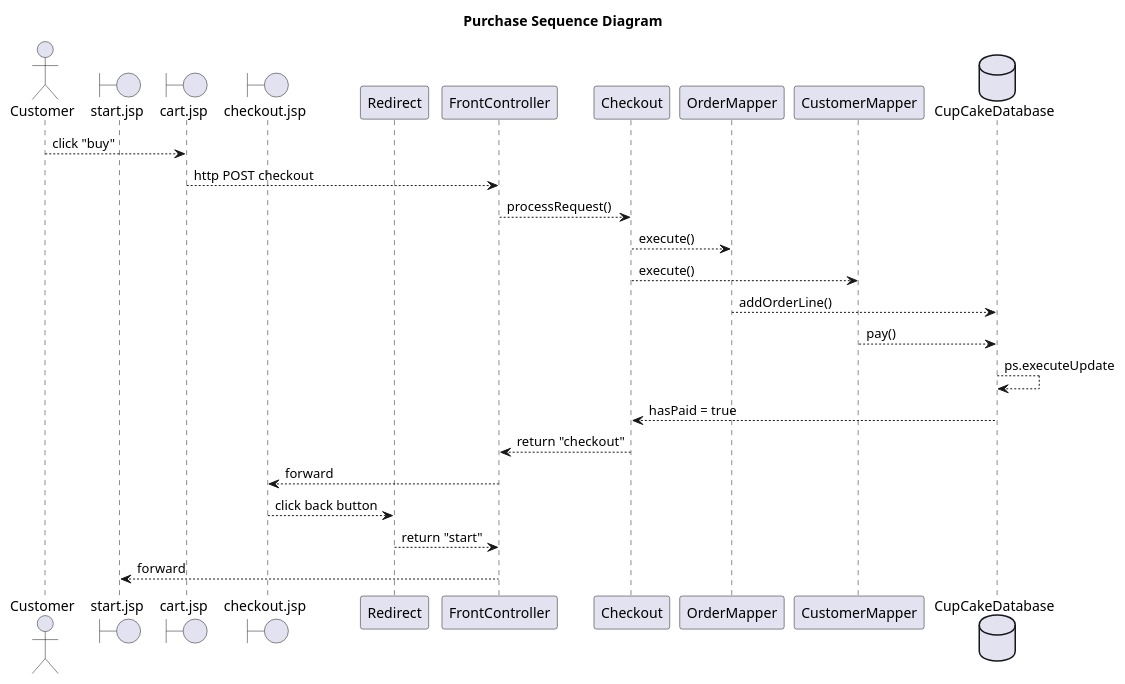
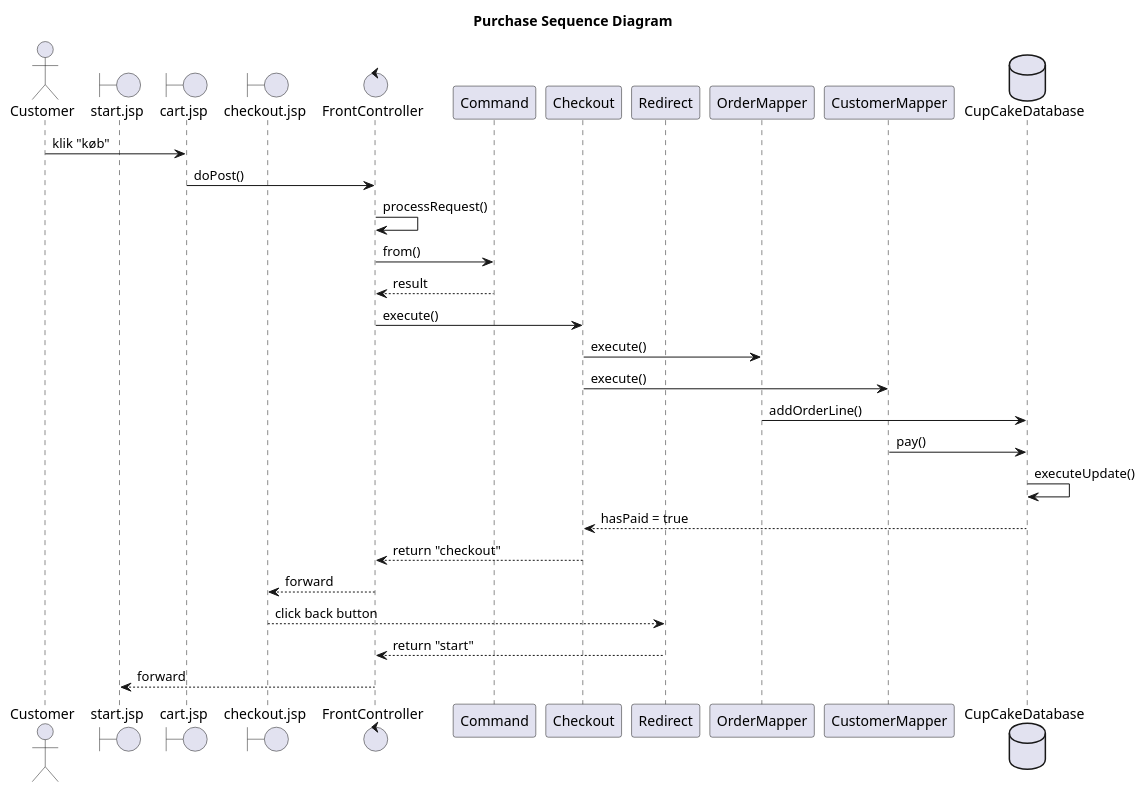
One commit to benskov95/Cupcake_Webshop changed the diagram in src/main/PlantUML Diagrams/Sequence Diagrams/Purchase Sequence Diagram.puml. Above: the diagram before and after it, drawn with PlantUML. The commit also changed 4 other files, not shown here.

Commit message:
Tilføjet alle mapper metoder til LogicFacade, UML diagrammer er ikke færdige

```diff
--- a/src/main/PlantUML Diagrams/Sequence Diagrams/Purchase Sequence Diagram.puml
+++ b/src/main/PlantUML Diagrams/Sequence Diagrams/Purchase Sequence Diagram.puml
@@ -1,28 +1,32 @@
 @startuml
 title Purchase Sequence Diagram
 actor Customer
 boundary start.jsp
 boundary cart.jsp
 boundary checkout.jsp
+control FrontController
+participant Command
+participant Checkout
 participant Redirect
-participant FrontController
-participant Checkout
 Participant OrderMapper
 Participant CustomerMapper
 Database CupCakeDatabase
 
-Customer --> cart.jsp : click "buy"
-cart.jsp --> FrontController : http POST checkout
-FrontController --> Checkout : processRequest()
-Checkout --> OrderMapper : execute()
-Checkout --> CustomerMapper : execute()
-OrderMapper --> CupCakeDatabase : addOrderLine()
-CustomerMapper --> CupCakeDatabase : pay()
-CupCakeDatabase --> CupCakeDatabase : ps.executeUpdate
+Customer -> cart.jsp : klik "køb"
+cart.jsp -> FrontController : doPost()
+FrontController -> FrontController : processRequest()
+FrontController -> Command : from()
+Command --> FrontController : result
+FrontController -> Checkout : execute()
+Checkout -> OrderMapper : execute()
+Checkout -> CustomerMapper : execute()
+OrderMapper -> CupCakeDatabase : addOrderLine()
+CustomerMapper -> CupCakeDatabase : pay()
+CupCakeDatabase -> CupCakeDatabase : executeUpdate()
 CupCakeDatabase --> Checkout : hasPaid = true
 Checkout --> FrontController : return "checkout"
 FrontController --> checkout.jsp : forward
 checkout.jsp --> Redirect : click back button
 Redirect --> FrontController : return "start"
 FrontController --> start.jsp : forward
 @enduml
```
